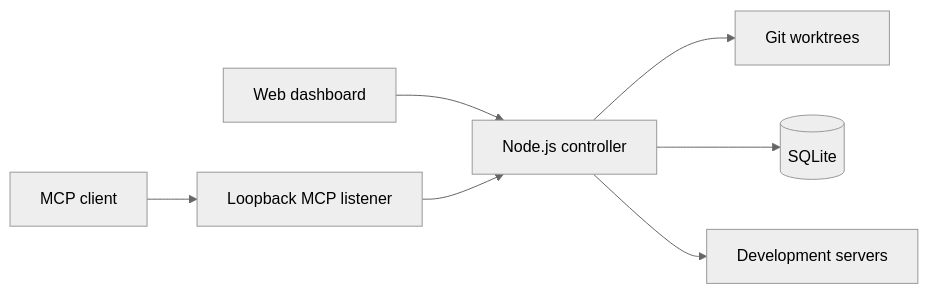
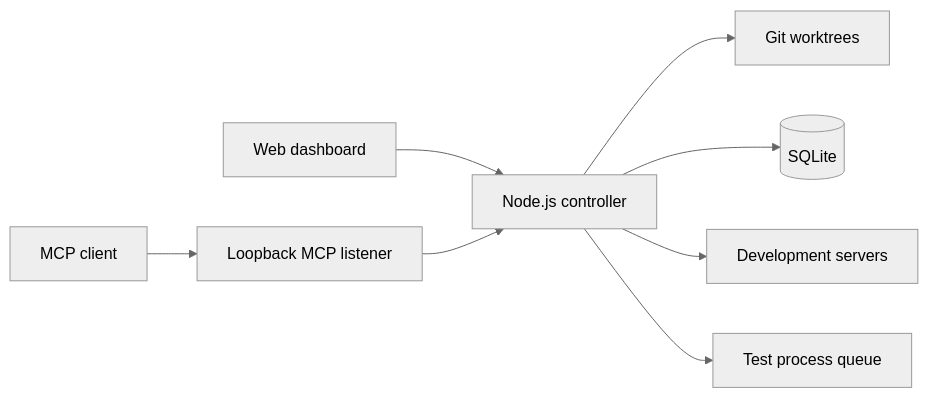
The diagram in README.md (pioootrek/worktree-switcher), drawn with Mermaid (neutral theme) before and after one commit. The commit also changed other lines of this file and 27 other files, not shown here.

Commit message:
Add managed test queue

````diff
--- a/README.md
+++ b/README.md
@@ -134,9 +156,10 @@
 ```mermaid
 flowchart LR
     Browser[Web dashboard] --> Controller[Node.js controller]
     Agent[MCP client] --> MCP[Loopback MCP listener]
     MCP --> Controller
     Controller --> Git[Git worktrees]
     Controller --> SQLite[(SQLite)]
     Controller --> Apps[Development servers]
+    Controller --> Tests[Test process queue]
 ```
````
